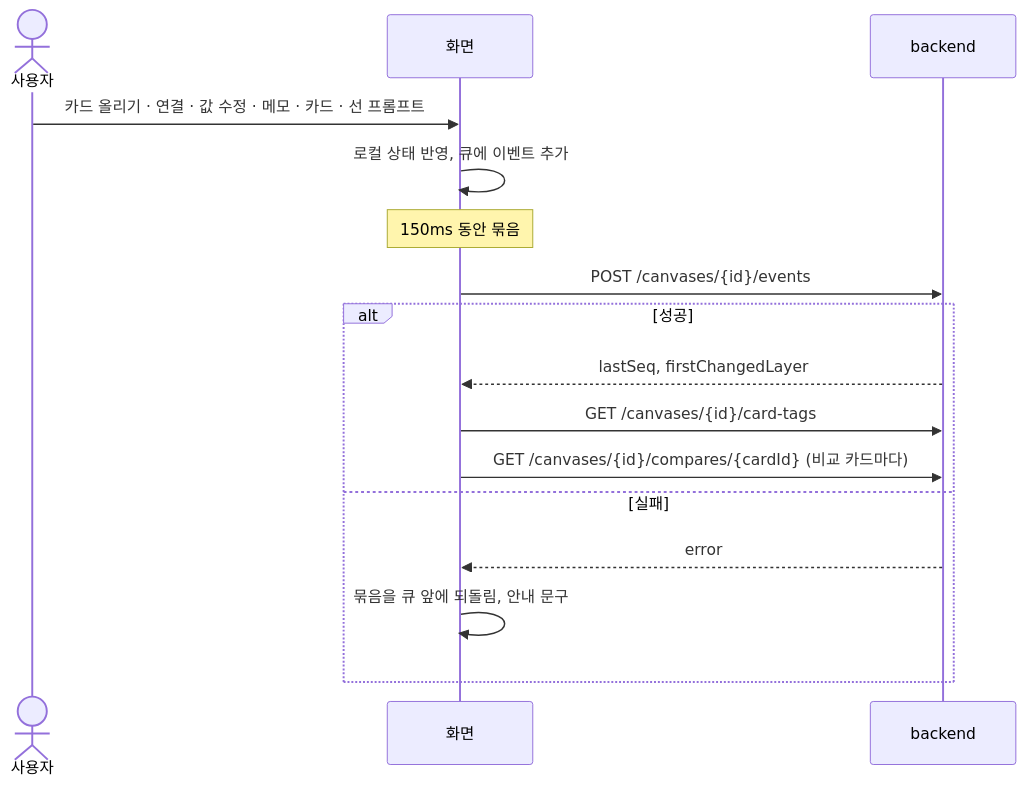
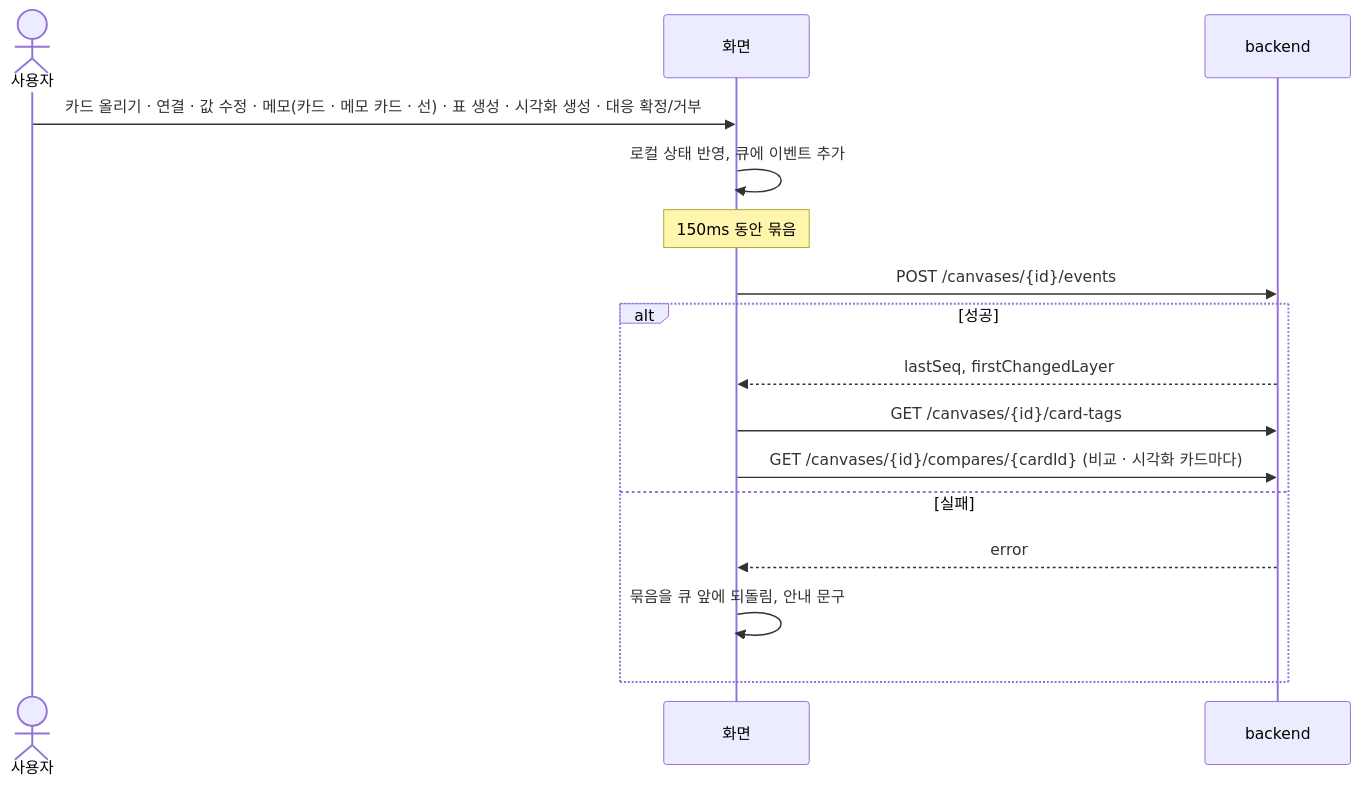
One commit to vamos-team/telescope changed the fourth of 7 diagrams in docs/frontend/api-diagram.md. Above: the diagram before and after it, drawn with Mermaid. The commit also changed other lines of this file and 8 other files, not shown here.

````diff
--- a/docs/frontend/api-diagram.md
+++ b/docs/frontend/api-diagram.md
@@ -106,19 +106,19 @@
 ```mermaid
 sequenceDiagram
   actor U as 사용자
   participant F as 화면
   participant B as backend
 
-  U->>F: 카드 올리기 · 연결 · 값 수정 · 메모 · 카드 · 선 프롬프트
+  U->>F: 카드 올리기 · 연결 · 값 수정 · 메모(카드 · 메모 카드 · 선) · 표 생성 · 시각화 생성 · 대응 확정/거부
   F->>F: 로컬 상태 반영, 큐에 이벤트 추가
   Note over F: 150ms 동안 묶음
   F->>B: POST /canvases/{id}/events
   alt 성공
     B-->>F: lastSeq, firstChangedLayer
     F->>B: GET /canvases/{id}/card-tags
-    F->>B: GET /canvases/{id}/compares/{cardId} (비교 카드마다)
+    F->>B: GET /canvases/{id}/compares/{cardId} (비교 · 시각화 카드마다)
   else 실패
     B-->>F: error
     F->>F: 묶음을 큐 앞에 되돌림, 안내 문구
   end
 ```
````
